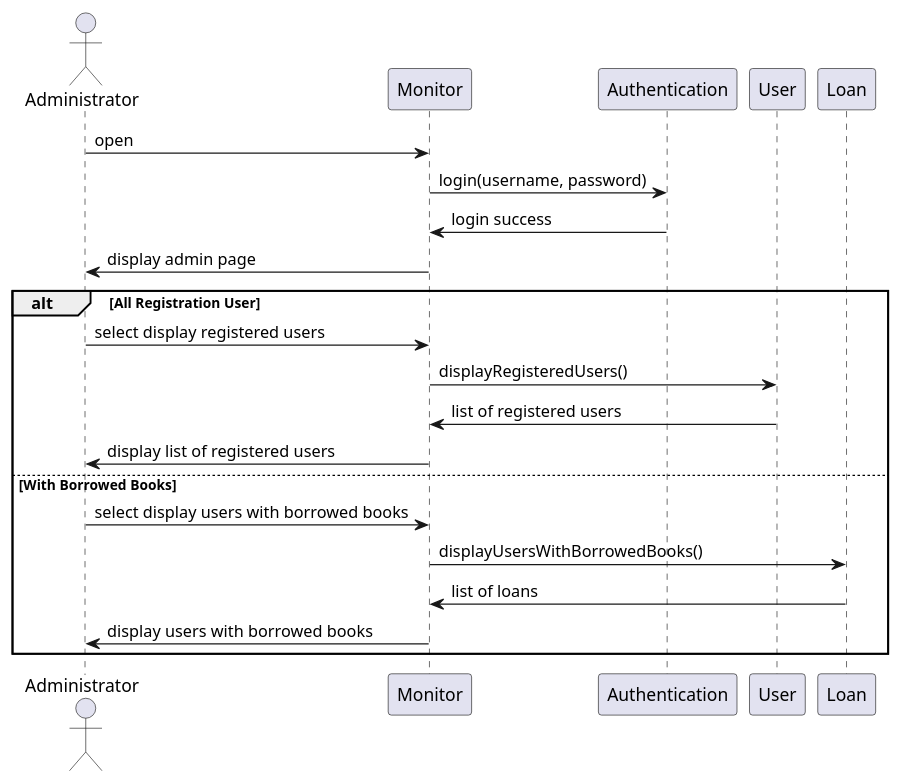
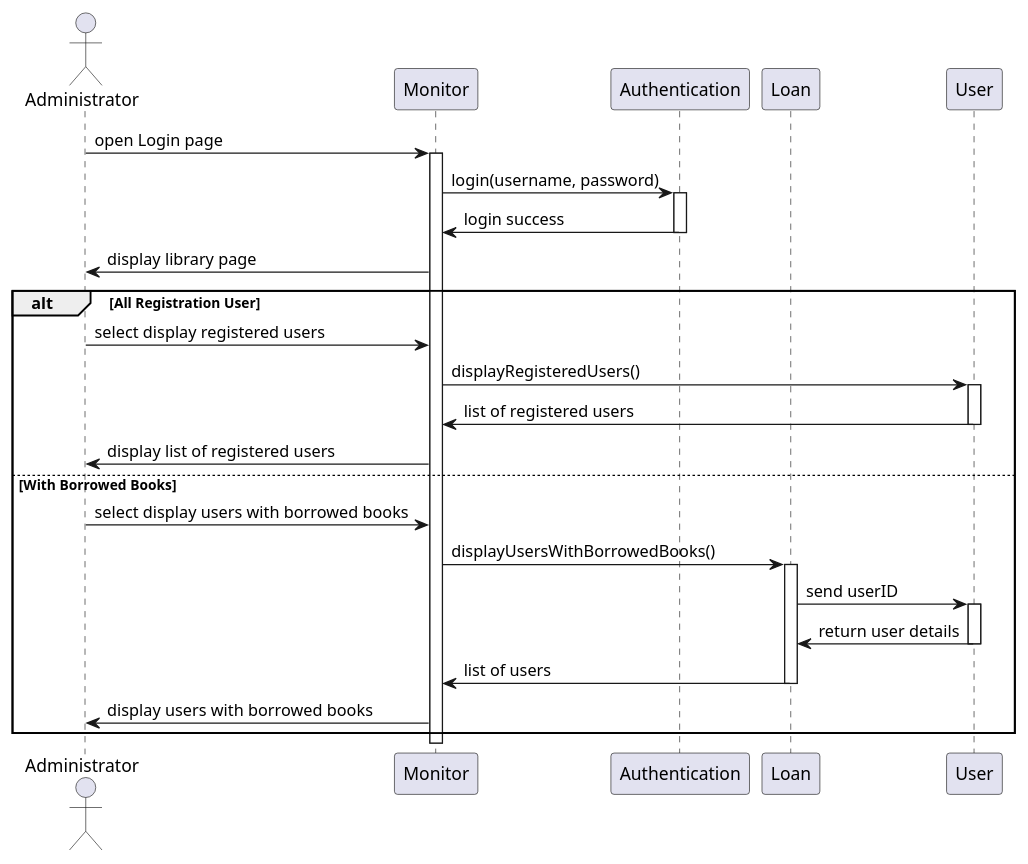
Before and after one commit to zuzu2307/Final_UML: the diagram in src/displayUser.puml, drawn with PlantUML. The commit also changed 13 other files, not shown here.

```diff
--- a/src/displayUser.puml
+++ b/src/displayUser.puml
@@ -1,26 +1,38 @@
 @startuml
 actor Administrator
 participant Monitor
 participant Authentication
+participant Loan
 participant User
-participant Loan
 
-Administrator -> Monitor: open
+
+Administrator -> Monitor: open Login page
+activate Monitor
 Monitor -> Authentication: login(username, password)
+activate Authentication
 Authentication -> Monitor: login success
-Monitor -> Administrator: display admin page
+deactivate Authentication
+Monitor -> Administrator: display library page
 
 
 
 alt All Registration User
     Administrator -> Monitor: select display registered users
     Monitor -> User: displayRegisteredUsers()
+    activate User
     User -> Monitor: list of registered users
+    deactivate User
     Monitor -> Administrator: display list of registered users
 else With Borrowed Books
     Administrator -> Monitor: select display users with borrowed books
     Monitor -> Loan: displayUsersWithBorrowedBooks()
-    Loan -> Monitor: list of loans
+    activate Loan
+    Loan -> User: send userID
+    activate User
+    User -> Loan: return user details
+    deactivate User
+    Loan -> Monitor: list of users
+    deactivate Loan
     Monitor -> Administrator: display users with borrowed books
 end
 @enduml
```
